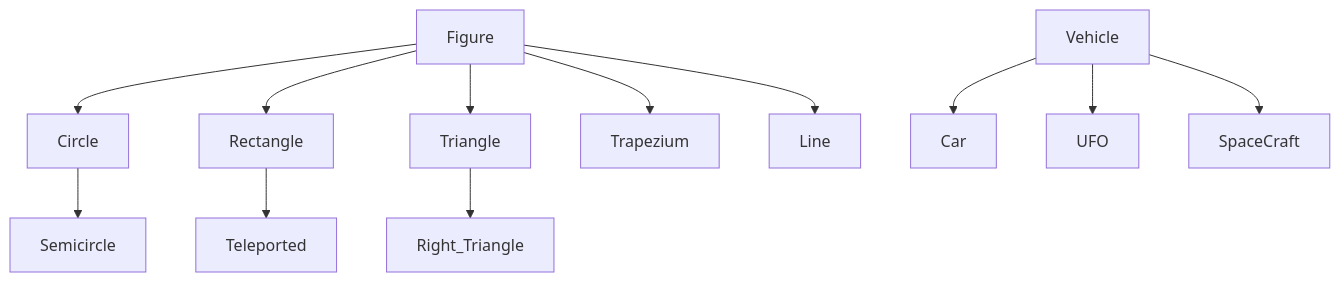
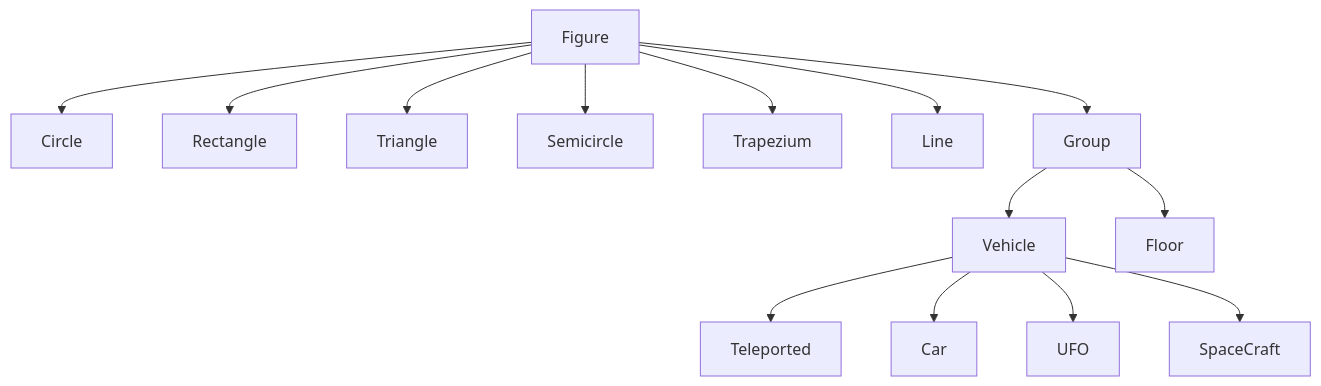
The diagram in README.md (FuFutheBest/Animation_of_interstellar_parking_lot), drawn with Mermaid before and after one commit. The commit also changed other lines of this file and 22 other files, not shown here.

````diff
--- a/README.md
+++ b/README.md
@@ -5,14 +21,16 @@
 ```mermaid
 graph TB
     Figure --> Circle
-    Circle --> Semicircle
     Figure --> Rectangle
-    Rectangle --> Teleported
     Figure --> Triangle
-    Triangle --> Right_Triangle
+    Figure --> Semicircle
     Figure --> Trapezium
     Figure --> Line
+    Figure --> Group
+    Group --> Vehicle
+    Group --> Floor
+    Vehicle --> Teleported
     Vehicle --> Car
     Vehicle --> UFO
     Vehicle --> SpaceCraft
 ```
````
